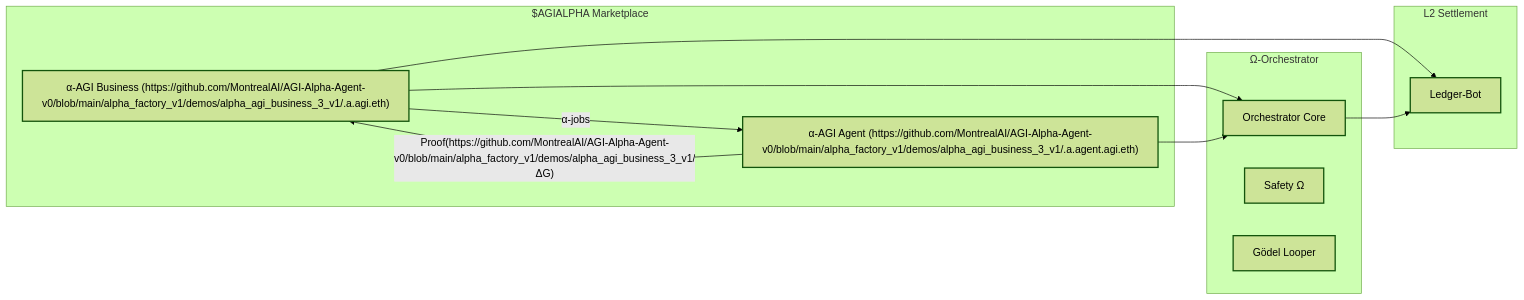
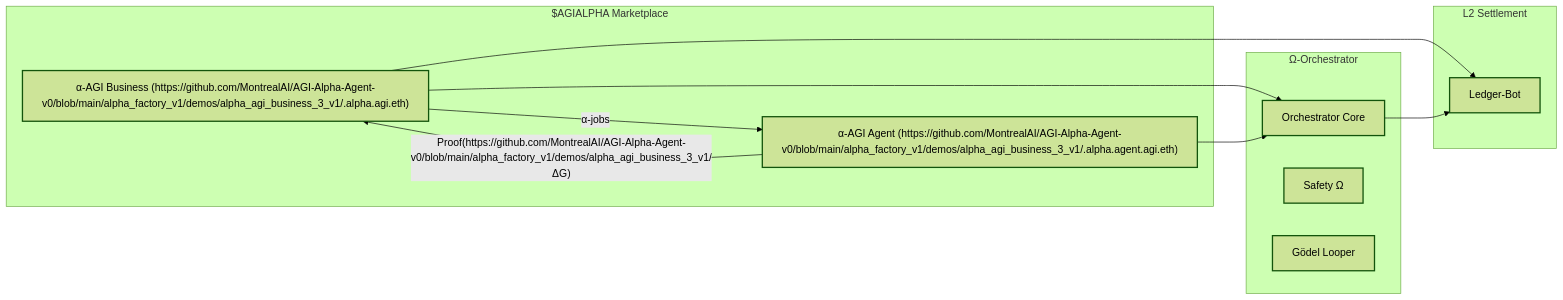
One commit to MontrealAI/AGI-Alpha-Agent-v0 changed the first of 3 diagrams in docs/demos/alpha_agi_business_3_v1.md. Above: the diagram before and after it, drawn with Mermaid (forest theme). The commit also changed other lines of this file and 17 other files, not shown here.

Commit message:
docs: update ENS schema references

````diff
--- a/docs/demos/alpha_agi_business_3_v1.md
+++ b/docs/demos/alpha_agi_business_3_v1.md
@@ -99,35 +99,35 @@
 ```mermaid
 %% GitHub-compatible Mermaid
 flowchart LR
     %% style definition (https://github.com/MontrealAI/AGI-Alpha-Agent-v0/blob/main/alpha_factory_v1/demos/alpha_agi_business_3_v1/❌ no semicolon at EOL)
     classDef layer stroke-width:2px
 
     %% ── Market ─────────────────────────────────────────────
     subgraph Market["$AGIALPHA Marketplace"]
-        BIZ["α-AGI Business (https://github.com/MontrealAI/AGI-Alpha-Agent-v0/blob/main/alpha_factory_v1/demos/alpha_agi_business_3_v1/.a.agi.eth)"]
-        AGT["α-AGI Agent (https://github.com/MontrealAI/AGI-Alpha-Agent-v0/blob/main/alpha_factory_v1/demos/alpha_agi_business_3_v1/.a.agent.agi.eth)"]
+        BIZ["α-AGI Business (https://github.com/MontrealAI/AGI-Alpha-Agent-v0/blob/main/alpha_factory_v1/demos/alpha_agi_business_3_v1/.alpha.agi.eth)"]
+        AGT["α-AGI Agent (https://github.com/MontrealAI/AGI-Alpha-Agent-v0/blob/main/alpha_factory_v1/demos/alpha_agi_business_3_v1/.alpha.agent.agi.eth)"]
         class BIZ,AGT layer
     end
 
     %% ── L2 Settlement ─────────────────────────────────────
     subgraph LedgerL2["L2 Settlement"]
         LDB["Ledger-Bot"]
         class LDB layer
     end
 
     %% ── Ω-Orchestrator ────────────────────────────────────
     subgraph Orchestration["Ω-Orchestrator"]
         ORC["Orchestrator Core"]
         SAF["Safety Ω"]
         GDL["Gödel Looper"]
         class ORC,SAF,GDL layer
     end
 
     %% ── Edges ─────────────────────────────────────────────
     BIZ -- "α-jobs"      --> AGT
     AGT -- "Proof(https://github.com/MontrealAI/AGI-Alpha-Agent-v0/blob/main/alpha_factory_v1/demos/alpha_agi_business_3_v1/ΔG)"   --> BIZ
     BIZ --> LDB
     BIZ --> ORC
     AGT --> ORC
     ORC --> LDB
 ```
````
